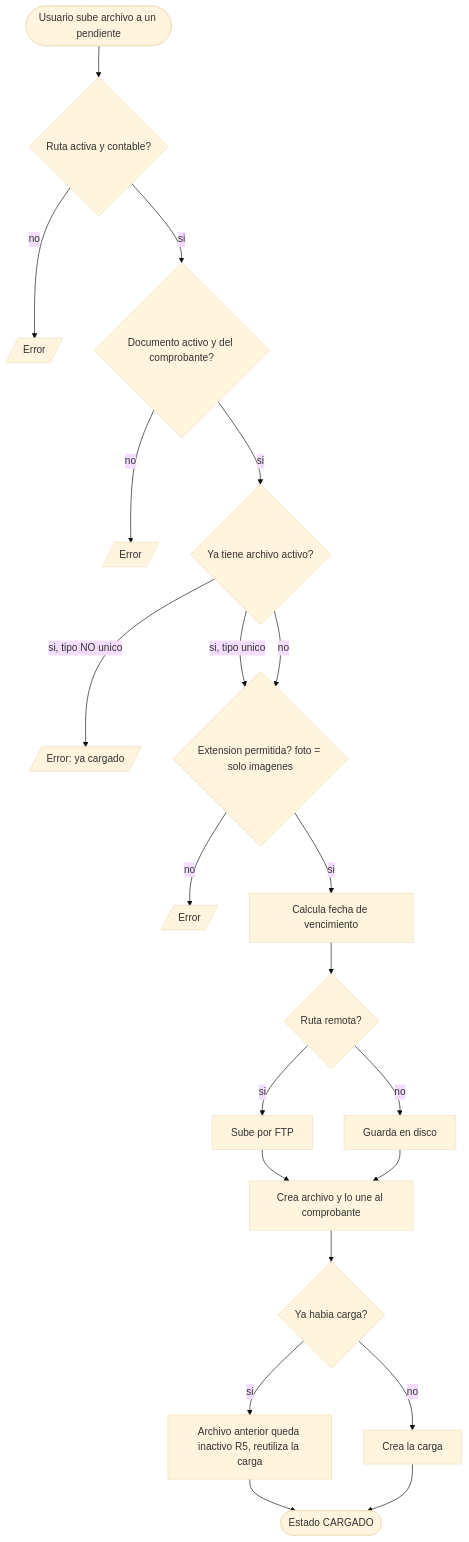
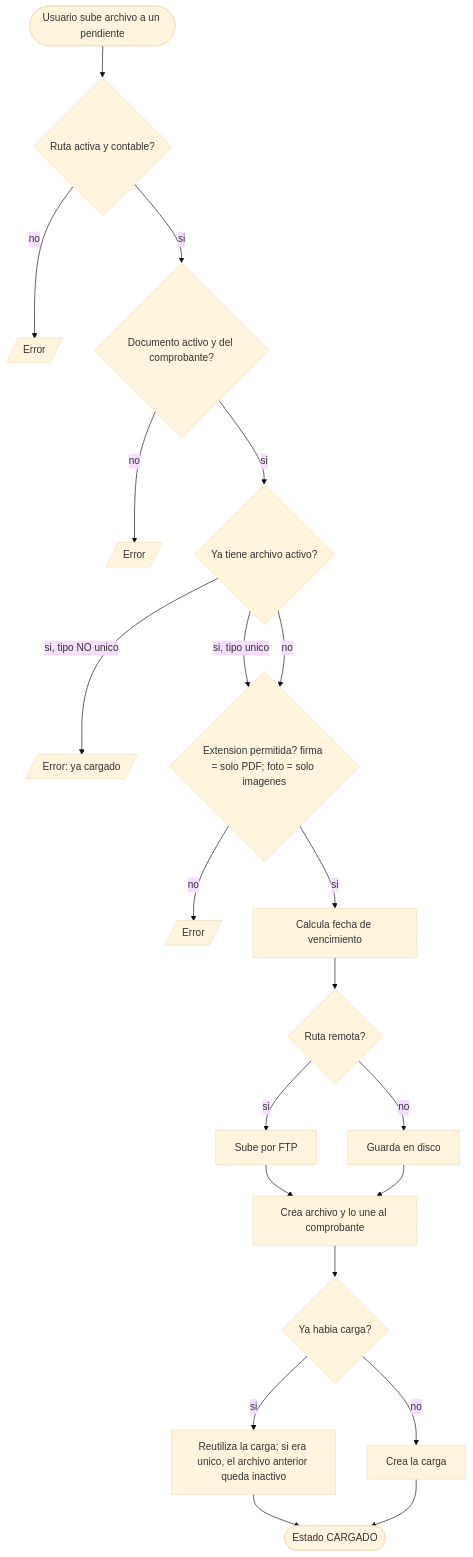
The third of 3 diagrams in contabilidad/expediente-virtual-carga/IMPLEMENTACION.md (jhonomar26/GUIA-MD), drawn with Mermaid (base theme) before and after one commit. The commit also changed other lines of this file and 27 other files, not shown here.

````diff
--- a/contabilidad/expediente-virtual-carga/IMPLEMENTACION.md
+++ b/contabilidad/expediente-virtual-carga/IMPLEMENTACION.md
@@ -52,23 +64,23 @@
 ```mermaid
 flowchart TD
     A([Usuario sube archivo a un pendiente]) --> B{Ruta activa y contable?}
     B -- no --> X1[/Error/]
     B -- si --> C{Documento activo y del comprobante?}
     C -- no --> X2[/Error/]
     C -- si --> D{Ya tiene archivo activo?}
     D -- si, tipo NO unico --> X3[/Error: ya cargado/]
     D -- si, tipo unico --> E
-    D -- no --> E{Extension permitida? foto = solo imagenes}
+    D -- no --> E{Extension permitida? firma = solo PDF; foto = solo imagenes}
     E -- no --> X4[/Error/]
     E -- si --> F[Calcula fecha de vencimiento]
     F --> G{Ruta remota?}
     G -- si --> H[Sube por FTP]
     G -- no --> I[Guarda en disco]
     H --> J
     I --> J[Crea archivo y lo une al comprobante]
     J --> K{Ya habia carga?}
-    K -- si --> L[Archivo anterior queda inactivo R5, reutiliza la carga]
+    K -- si --> L[Reutiliza la carga; si era unico, el archivo anterior queda inactivo]
     K -- no --> M[Crea la carga]
     L --> N([Estado CARGADO])
     M --> N
 ```
````
